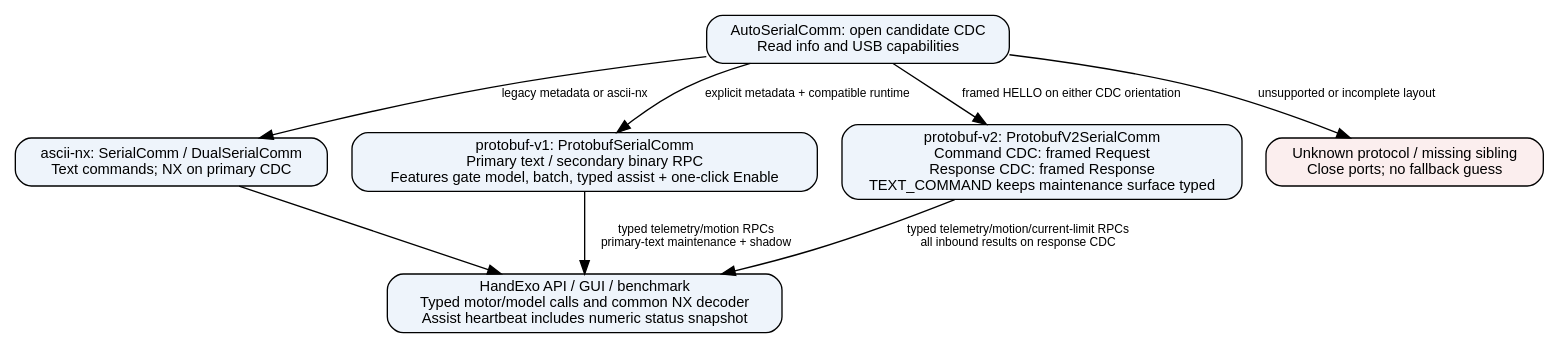
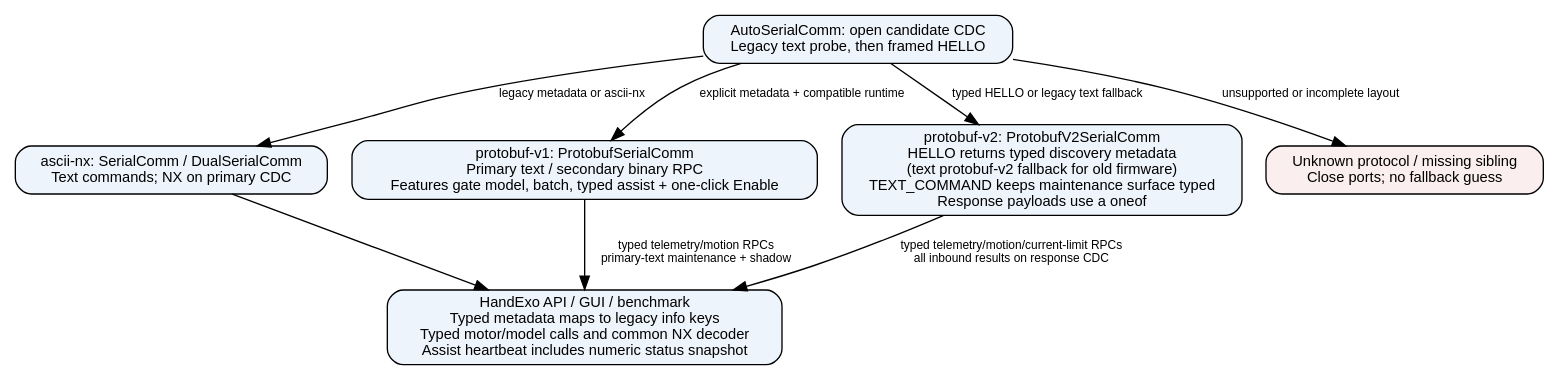
One commit to Neuro-Mechatronics-Interfaces/NML_Hand_Exo changed the diagram in docs/figures/usb_protocol_discovery.dot. Above: the diagram before and after it, drawn with Graphviz. The commit also changed 43 other files, not shown here.

```diff
--- a/docs/figures/usb_protocol_discovery.dot
+++ b/docs/figures/usb_protocol_discovery.dot
@@ -1,18 +1,18 @@
 digraph usb_protocol {
   rankdir=TB;
   node [shape=box, style="rounded,filled", fillcolor="#eef4fb", fontname="Helvetica", fontsize=11];
   edge [fontname="Helvetica", fontsize=9];
-  DISCOVER [label="AutoSerialComm: open candidate CDC\nRead info and USB capabilities"];
+  DISCOVER [label="AutoSerialComm: open candidate CDC\nLegacy text probe, then framed HELLO"];
   LEGACY [label="ascii-nx: SerialComm / DualSerialComm\nText commands; NX on primary CDC"];
   BINARY [label="protobuf-v1: ProtobufSerialComm\nPrimary text / secondary binary RPC\nFeatures gate model, batch, typed assist + one-click Enable"];
-  V2 [label="protobuf-v2: ProtobufV2SerialComm\nCommand CDC: framed Request\nResponse CDC: framed Response\nTEXT_COMMAND keeps maintenance surface typed"];
+  V2 [label="protobuf-v2: ProtobufV2SerialComm\nHELLO returns typed discovery metadata\n(text protobuf-v2 fallback for old firmware)\nTEXT_COMMAND keeps maintenance surface typed\nResponse payloads use a oneof"];
   REJECT [label="Unknown protocol / missing sibling\nClose ports; no fallback guess", fillcolor="#fbeeee"];
-  SDK [label="HandExo API / GUI / benchmark\nTyped motor/model calls and common NX decoder\nAssist heartbeat includes numeric status snapshot"];
+  SDK [label="HandExo API / GUI / benchmark\nTyped metadata maps to legacy info keys\nTyped motor/model calls and common NX decoder\nAssist heartbeat includes numeric status snapshot"];
   DISCOVER -> LEGACY [label="legacy metadata or ascii-nx"];
   DISCOVER -> BINARY [label="explicit metadata + compatible runtime"];
-  DISCOVER -> V2 [label="framed HELLO on either CDC orientation"];
+  DISCOVER -> V2 [label="typed HELLO or legacy text fallback"];
   DISCOVER -> REJECT [label="unsupported or incomplete layout"];
   LEGACY -> SDK;
   BINARY -> SDK [label="typed telemetry/motion RPCs\nprimary-text maintenance + shadow"];
   V2 -> SDK [label="typed telemetry/motion/current-limit RPCs\nall inbound results on response CDC"];
 }
```
